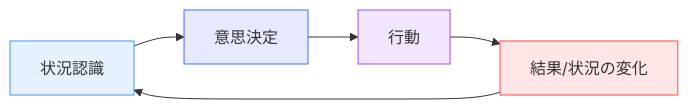
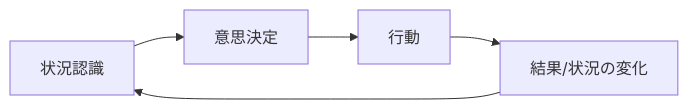
The first of 2 diagrams in docs/basics/decision-making.md (shuji-bonji/Situational-Awareness-and-Decision-Making), drawn with Mermaid before and after one commit. The commit also changed other lines of this file and 49 other files, not shown here.

Commit message:
fix: ダークモードで見づらい図の色の変更

````diff
--- a/docs/basics/decision-making.md
+++ b/docs/basics/decision-making.md
@@ -38,11 +38,11 @@
 ```mermaid
 graph LR
     A[状況認識] --> B[意思決定]
     B --> C[行動]
     C --> D[結果/状況の変化]
     D --> A
-    style A fill:#e6f2ff,stroke:#4d94ff
-    style B fill:#e6e9ff,stroke:#4d6aff
-    style C fill:#f2e6ff,stroke:#9d4dff
-    style D fill:#ffe6e6,stroke:#ff4d4d
+
+
+
+
 ```
````
